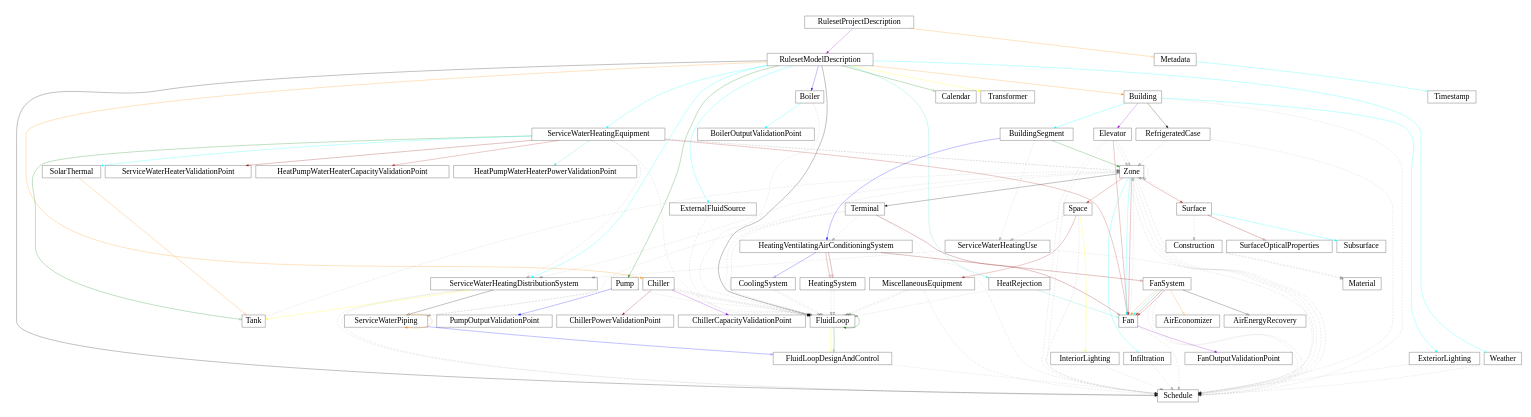
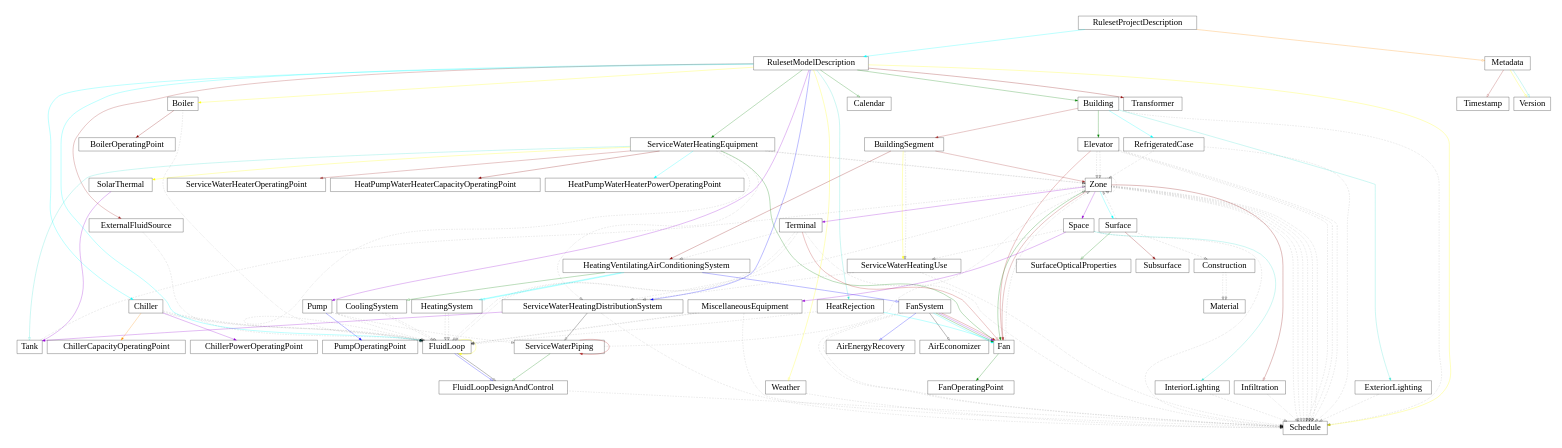
One commit to open229/ruleset-model-description-schema changed the diagram in docs229/ASHRAE229_connect.gv. Above: the diagram before and after it, drawn with Graphviz. The commit also changed 9 other files, not shown here.

Commit message:
Update diagrams in docs229

```diff
--- a/docs229/ASHRAE229_connect.gv
+++ b/docs229/ASHRAE229_connect.gv
@@ -1,84 +1,90 @@
 digraph G {
     size="10, 10";
     ranksep="1.4";
-  RulesetProjectDescription -> RulesetModelDescription [color="darkviolet"]
+  RulesetProjectDescription -> RulesetModelDescription [color="cyan"]
   RulesetProjectDescription[fontsize="32" shape="box" height="0.7"]
   RulesetModelDescription[fontsize="32" shape="box" height="0.7"]
   RulesetProjectDescription -> Metadata [arrowhead=empty color="darkorange"]
   Metadata[fontsize="32" shape="box" height="0.7"]
-  Metadata -> Timestamp [arrowhead=empty color="cyan"]
+  Metadata -> Version [arrowhead=empty color="yellow"]
+  Version[fontsize="32" shape="box" height="0.7"]
+  Metadata -> Timestamp [arrowhead=empty color="brown"]
   Timestamp[fontsize="32" shape="box" height="0.7"]
-  RulesetModelDescription -> Transformer [color="yellow"]
+  Metadata -> Version [arrowhead=empty color="turquoise"]
+  RulesetModelDescription -> Transformer [color="darkred"]
   Transformer[fontsize="32" shape="box" height="0.7"]
-  RulesetModelDescription -> Building [color="darkorange"]
+  RulesetModelDescription -> Building [color="green"]
   Building[fontsize="32" shape="box" height="0.7"]
-  RulesetModelDescription -> Schedule [color="black"]
+  RulesetModelDescription -> Schedule [color="yellow"]
   Schedule[fontsize="32" shape="box" height="0.7"]
-  RulesetModelDescription -> FluidLoop [color="black"]
+  RulesetModelDescription -> FluidLoop [color="cyan"]
   FluidLoop[fontsize="32" shape="box" height="0.7"]
-  RulesetModelDescription -> ServiceWaterHeatingDistributionSystem [color="cyan"]
+  RulesetModelDescription -> ServiceWaterHeatingDistributionSystem [color="blue"]
   ServiceWaterHeatingDistributionSystem[fontsize="32" shape="box" height="0.7"]
-  RulesetModelDescription -> ServiceWaterHeatingEquipment [color="cyan"]
+  RulesetModelDescription -> ServiceWaterHeatingEquipment [color="green"]
   ServiceWaterHeatingEquipment[fontsize="32" shape="box" height="0.7"]
-  RulesetModelDescription -> Pump [color="green"]
+  RulesetModelDescription -> Pump [color="darkviolet"]
   Pump[fontsize="32" shape="box" height="0.7"]
-  RulesetModelDescription -> Boiler [color="blue"]
+  RulesetModelDescription -> Boiler [color="yellow"]
   Boiler[fontsize="32" shape="box" height="0.7"]
-  RulesetModelDescription -> Chiller [color="darkorange"]
+  RulesetModelDescription -> Chiller [color="cyan"]
   Chiller[fontsize="32" shape="box" height="0.7"]
   RulesetModelDescription -> HeatRejection [color="turquoise"]
   HeatRejection[fontsize="32" shape="box" height="0.7"]
-  RulesetModelDescription -> ExternalFluidSource [color="cyan"]
+  RulesetModelDescription -> ExternalFluidSource [color="brown"]
   ExternalFluidSource[fontsize="32" shape="box" height="0.7"]
   RulesetModelDescription -> Calendar [arrowhead=empty color="green"]
   Calendar[fontsize="32" shape="box" height="0.7"]
-  RulesetModelDescription -> Weather [arrowhead=empty color="cyan"]
+  RulesetModelDescription -> Weather [arrowhead=empty color="yellow"]
   Weather[fontsize="32" shape="box" height="0.7"]
-  Building -> BuildingSegment [color="cyan"]
+  Building -> BuildingSegment [color="brown"]
   BuildingSegment[fontsize="32" shape="box" height="0.7"]
-  Building -> Elevator [color="darkviolet"]
+  Building -> Elevator [color="green"]
   Elevator[fontsize="32" shape="box" height="0.7"]
-  Building -> ExteriorLighting [color="cyan"]
+  Building -> ExteriorLighting [color="turquoise"]
   ExteriorLighting[fontsize="32" shape="box" height="0.7"]
-  Building -> RefrigeratedCase [color="black"]
+  Building -> RefrigeratedCase [color="cyan"]
   RefrigeratedCase[fontsize="32" shape="box" height="0.7"]
   Building -> Schedule [style=dotted arrowhead=empty] 
-  BuildingSegment -> Zone [color="green"]
+  BuildingSegment -> Zone [color="brown"]
   Zone[fontsize="32" shape="box" height="0.7"]
-  BuildingSegment -> HeatingVentilatingAirConditioningSystem [color="blue"]
+  BuildingSegment -> HeatingVentilatingAirConditioningSystem [color="darkred"]
   HeatingVentilatingAirConditioningSystem[fontsize="32" shape="box" height="0.7"]
+  BuildingSegment -> ServiceWaterHeatingUse [color="yellow"]
+  ServiceWaterHeatingUse[fontsize="32" shape="box" height="0.7"]
   BuildingSegment -> ServiceWaterHeatingUse [style=dotted arrowhead=empty] 
-  ServiceWaterHeatingUse[fontsize="32" shape="box" height="0.7"]
-  Zone -> Space [color="firebrick"]
+  Zone -> Space [color="darkviolet"]
   Space[fontsize="32" shape="box" height="0.7"]
-  Zone -> Surface [color="firebrick"]
+  Zone -> Surface [color="cyan"]
   Surface[fontsize="32" shape="box" height="0.7"]
-  Zone -> Infiltration [arrowhead=empty color="cyan"]
+  Zone -> Infiltration [arrowhead=empty color="darkred"]
   Infiltration[fontsize="32" shape="box" height="0.7"]
   Zone -> Schedule [style=dotted arrowhead=empty] 
   Zone -> Schedule [style=dotted arrowhead=empty] 
   Zone -> Schedule [style=dotted arrowhead=empty] 
   Zone -> Schedule [style=dotted arrowhead=empty] 
-  Zone -> Terminal [color="black"]
+  Zone -> Terminal [color="darkviolet"]
   Terminal[fontsize="32" shape="box" height="0.7"]
   Zone -> ServiceWaterHeatingDistributionSystem [style=dotted arrowhead=empty] 
   Zone -> Zone [style=dotted arrowhead=empty] 
-  Zone -> Fan [color="cyan"]
+  Zone -> Fan [color="green"]
   Fan[fontsize="32" shape="box" height="0.7"]
-  Zone -> Fan [color="firebrick"]
-  Space -> InteriorLighting [color="yellow"]
+  Zone -> Schedule [style=dotted arrowhead=empty] 
+  Zone -> Fan [color="brown"]
+  Zone -> Schedule [style=dotted arrowhead=empty] 
+  Space -> InteriorLighting [color="turquoise"]
   InteriorLighting[fontsize="32" shape="box" height="0.7"]
-  Space -> MiscellaneousEquipment [color="firebrick"]
+  Space -> MiscellaneousEquipment [color="darkviolet"]
   MiscellaneousEquipment[fontsize="32" shape="box" height="0.7"]
   Space -> Schedule [style=dotted arrowhead=empty] 
   Space -> ServiceWaterHeatingUse [style=dotted arrowhead=empty] 
   Infiltration -> Schedule [style=dotted arrowhead=empty] 
-  Surface -> Subsurface [color="cyan"]
+  Surface -> Subsurface [color="darkred"]
   Subsurface[fontsize="32" shape="box" height="0.7"]
   Surface -> Zone [style=dotted arrowhead=empty] 
   Surface -> Construction [style=dotted arrowhead=empty] 
   Construction[fontsize="32" shape="box" height="0.7"]
-  Surface -> SurfaceOpticalProperties [arrowhead=empty color="darkred"]
+  Surface -> SurfaceOpticalProperties [arrowhead=empty color="green"]
   SurfaceOpticalProperties[fontsize="32" shape="box" height="0.7"]
   Construction -> Material [style=dotted arrowhead=empty] 
   Material[fontsize="32" shape="box" height="0.7"]
@@ -90,84 +96,83 @@
   Weather -> Schedule [style=dotted arrowhead=empty] 
   Elevator -> Zone [style=dotted arrowhead=empty] 
   Elevator -> Zone [style=dotted arrowhead=empty] 
-  Elevator -> Fan [arrowhead=empty color="brown"]
+  Elevator -> Fan [arrowhead=empty color="firebrick"]
   Elevator -> Schedule [style=dotted arrowhead=empty] 
   Elevator -> Schedule [style=dotted arrowhead=empty] 
-  HeatingVentilatingAirConditioningSystem -> FanSystem [arrowhead=empty color="darkred"]
+  Elevator -> Schedule [style=dotted arrowhead=empty] 
+  HeatingVentilatingAirConditioningSystem -> FanSystem [arrowhead=empty color="blue"]
   FanSystem[fontsize="32" shape="box" height="0.7"]
-  HeatingVentilatingAirConditioningSystem -> HeatingSystem [arrowhead=empty color="firebrick"]
+  HeatingVentilatingAirConditioningSystem -> HeatingSystem [arrowhead=empty color="cyan"]
   HeatingSystem[fontsize="32" shape="box" height="0.7"]
-  HeatingVentilatingAirConditioningSystem -> CoolingSystem [arrowhead=empty color="blue"]
+  HeatingVentilatingAirConditioningSystem -> CoolingSystem [arrowhead=empty color="green"]
   CoolingSystem[fontsize="32" shape="box" height="0.7"]
-  HeatingVentilatingAirConditioningSystem -> HeatingSystem [arrowhead=empty color="darkred"]
+  HeatingVentilatingAirConditioningSystem -> HeatingSystem [arrowhead=empty color="cyan"]
   HeatingSystem -> FluidLoop [style=dotted arrowhead=empty] 
   HeatingSystem -> FluidLoop [style=dotted arrowhead=empty] 
   CoolingSystem -> FluidLoop [style=dotted arrowhead=empty] 
   CoolingSystem -> FluidLoop [style=dotted arrowhead=empty] 
-  FanSystem -> Fan [color="darkorange"]
   FanSystem -> Fan [color="cyan"]
+  FanSystem -> Fan [color="green"]
+  FanSystem -> Fan [color="darkviolet"]
   FanSystem -> Fan [color="firebrick"]
-  FanSystem -> Fan [color="brown"]
-  FanSystem -> AirEconomizer [arrowhead=empty color="darkorange"]
+  FanSystem -> AirEconomizer [arrowhead=empty color="black"]
   AirEconomizer[fontsize="32" shape="box" height="0.7"]
-  FanSystem -> AirEnergyRecovery [arrowhead=empty color="black"]
+  FanSystem -> AirEnergyRecovery [arrowhead=empty color="blue"]
   AirEnergyRecovery[fontsize="32" shape="box" height="0.7"]
   FanSystem -> Schedule [style=dotted arrowhead=empty] 
   FanSystem -> Schedule [style=dotted arrowhead=empty] 
-  Fan -> Schedule [style=dotted arrowhead=empty] 
   Fan -> Zone [style=dotted arrowhead=empty] 
-  Fan -> FanOutputValidationPoint [color="darkviolet"]
-  FanOutputValidationPoint[fontsize="32" shape="box" height="0.7"]
+  Fan -> FanOperatingPoint [color="green"]
+  FanOperatingPoint[fontsize="32" shape="box" height="0.7"]
   Terminal -> HeatingVentilatingAirConditioningSystem [style=dotted arrowhead=empty] 
   Terminal -> FluidLoop [style=dotted arrowhead=empty] 
   Terminal -> FluidLoop [style=dotted arrowhead=empty] 
-  Terminal -> Fan [arrowhead=empty color="darkred"]
+  Terminal -> Fan [arrowhead=empty color="firebrick"]
   Terminal -> Schedule [style=dotted arrowhead=empty] 
-  FluidLoop -> FluidLoop [color="green"]
-  FluidLoop -> FluidLoopDesignAndControl [arrowhead=empty color="yellow"]
+  FluidLoop -> FluidLoop [color="yellow"]
+  FluidLoop -> FluidLoopDesignAndControl [arrowhead=empty color="blue"]
   FluidLoopDesignAndControl[fontsize="32" shape="box" height="0.7"]
-  FluidLoop -> FluidLoopDesignAndControl [arrowhead=empty color="green"]
+  FluidLoop -> FluidLoopDesignAndControl [arrowhead=empty color="black"]
   FluidLoopDesignAndControl -> Schedule [style=dotted arrowhead=empty] 
   Pump -> FluidLoop [style=dotted arrowhead=empty] 
   Pump -> ServiceWaterPiping [style=dotted arrowhead=empty] 
   ServiceWaterPiping[fontsize="32" shape="box" height="0.7"]
-  Pump -> PumpOutputValidationPoint [color="blue"]
-  PumpOutputValidationPoint[fontsize="32" shape="box" height="0.7"]
+  Pump -> PumpOperatingPoint [color="blue"]
+  PumpOperatingPoint[fontsize="32" shape="box" height="0.7"]
   Boiler -> FluidLoop [style=dotted arrowhead=empty] 
-  Boiler -> BoilerOutputValidationPoint [color="cyan"]
-  BoilerOutputValidationPoint[fontsize="32" shape="box" height="0.7"]
+  Boiler -> BoilerOperatingPoint [color="darkred"]
+  BoilerOperatingPoint[fontsize="32" shape="box" height="0.7"]
   Chiller -> FluidLoop [style=dotted arrowhead=empty] 
   Chiller -> FluidLoop [style=dotted arrowhead=empty] 
-  Chiller -> ChillerCapacityValidationPoint [color="darkviolet"]
-  ChillerCapacityValidationPoint[fontsize="32" shape="box" height="0.7"]
-  Chiller -> ChillerPowerValidationPoint [color="darkred"]
-  ChillerPowerValidationPoint[fontsize="32" shape="box" height="0.7"]
+  Chiller -> ChillerCapacityOperatingPoint [color="darkorange"]
+  ChillerCapacityOperatingPoint[fontsize="32" shape="box" height="0.7"]
+  Chiller -> ChillerPowerOperatingPoint [color="darkviolet"]
+  ChillerPowerOperatingPoint[fontsize="32" shape="box" height="0.7"]
   Chiller -> FluidLoop [style=dotted arrowhead=empty] 
   HeatRejection -> FluidLoop [style=dotted arrowhead=empty] 
-  HeatRejection -> Fan [arrowhead=empty color="turquoise"]
+  HeatRejection -> Fan [arrowhead=empty color="cyan"]
   ExternalFluidSource -> FluidLoop [style=dotted arrowhead=empty] 
-  ServiceWaterHeatingDistributionSystem -> Tank [color="yellow"]
+  ServiceWaterHeatingDistributionSystem -> Tank [color="darkviolet"]
   Tank[fontsize="32" shape="box" height="0.7"]
   ServiceWaterHeatingDistributionSystem -> ServiceWaterPiping [arrowhead=empty color="black"]
   ServiceWaterHeatingDistributionSystem -> Schedule [style=dotted arrowhead=empty] 
-  ServiceWaterHeatingDistributionSystem -> Schedule [style=dotted arrowhead=empty] 
   ServiceWaterPiping -> Zone [style=dotted arrowhead=empty] 
-  ServiceWaterPiping -> ServiceWaterPiping [color="darkorange"]
-  ServiceWaterPiping -> FluidLoopDesignAndControl [arrowhead=empty color="blue"]
-  SolarThermal -> Tank [arrowhead=empty color="darkorange"]
+  ServiceWaterPiping -> ServiceWaterPiping [color="firebrick"]
+  ServiceWaterPiping -> FluidLoopDesignAndControl [arrowhead=empty color="green"]
+  SolarThermal -> Tank [arrowhead=empty color="darkviolet"]
   SolarThermal[fontsize="32" shape="box" height="0.7"]
   ServiceWaterHeatingEquipment -> ServiceWaterHeatingDistributionSystem [style=dotted arrowhead=empty] 
-  ServiceWaterHeatingEquipment -> ServiceWaterHeaterValidationPoint [color="darkred"]
-  ServiceWaterHeaterValidationPoint[fontsize="32" shape="box" height="0.7"]
+  ServiceWaterHeatingEquipment -> ServiceWaterHeaterOperatingPoint [color="brown"]
+  ServiceWaterHeaterOperatingPoint[fontsize="32" shape="box" height="0.7"]
   ServiceWaterHeatingEquipment -> Zone [style=dotted arrowhead=empty] 
   ServiceWaterHeatingEquipment -> Zone [style=dotted arrowhead=empty] 
-  ServiceWaterHeatingEquipment -> HeatPumpWaterHeaterCapacityValidationPoint [color="firebrick"]
-  HeatPumpWaterHeaterCapacityValidationPoint[fontsize="32" shape="box" height="0.7"]
-  ServiceWaterHeatingEquipment -> HeatPumpWaterHeaterPowerValidationPoint [color="turquoise"]
-  HeatPumpWaterHeaterPowerValidationPoint[fontsize="32" shape="box" height="0.7"]
-  ServiceWaterHeatingEquipment -> Fan [arrowhead=empty color="firebrick"]
-  ServiceWaterHeatingEquipment -> Tank [arrowhead=empty color="green"]
-  ServiceWaterHeatingEquipment -> SolarThermal [color="cyan"]
+  ServiceWaterHeatingEquipment -> HeatPumpWaterHeaterCapacityOperatingPoint [color="darkred"]
+  HeatPumpWaterHeaterCapacityOperatingPoint[fontsize="32" shape="box" height="0.7"]
+  ServiceWaterHeatingEquipment -> HeatPumpWaterHeaterPowerOperatingPoint [color="cyan"]
+  HeatPumpWaterHeaterPowerOperatingPoint[fontsize="32" shape="box" height="0.7"]
+  ServiceWaterHeatingEquipment -> Fan [arrowhead=empty color="green"]
+  ServiceWaterHeatingEquipment -> Tank [arrowhead=empty color="turquoise"]
+  ServiceWaterHeatingEquipment -> SolarThermal [color="yellow"]
   ServiceWaterHeatingEquipment -> FluidLoop [style=dotted arrowhead=empty] 
   Tank -> Zone [style=dotted arrowhead=empty] 
   ServiceWaterHeatingUse -> ServiceWaterHeatingDistributionSystem [style=dotted arrowhead=empty] 
```
